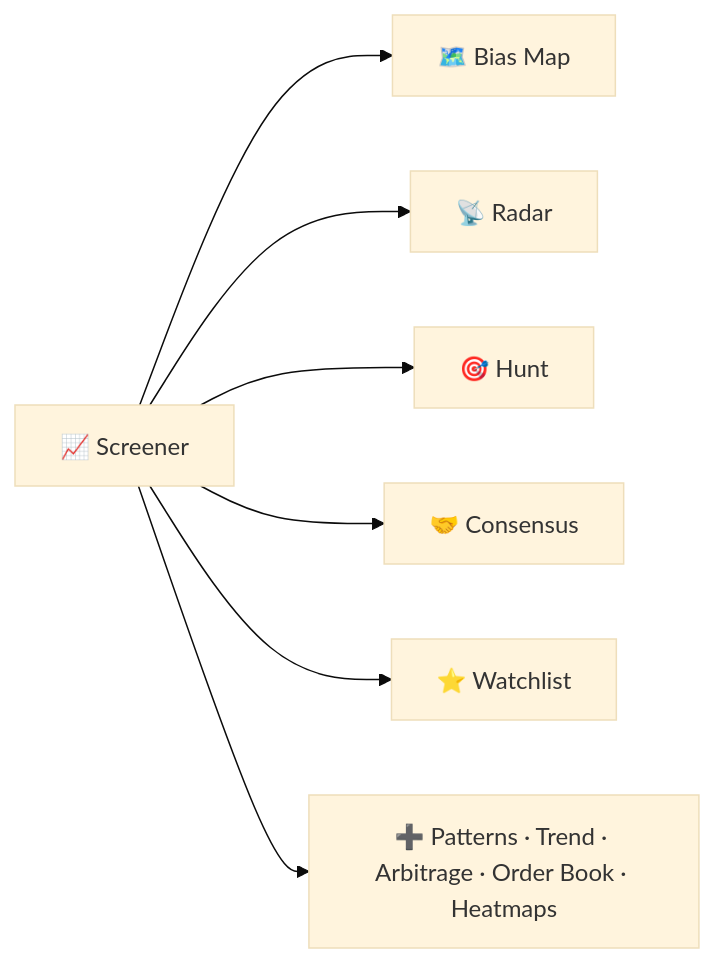
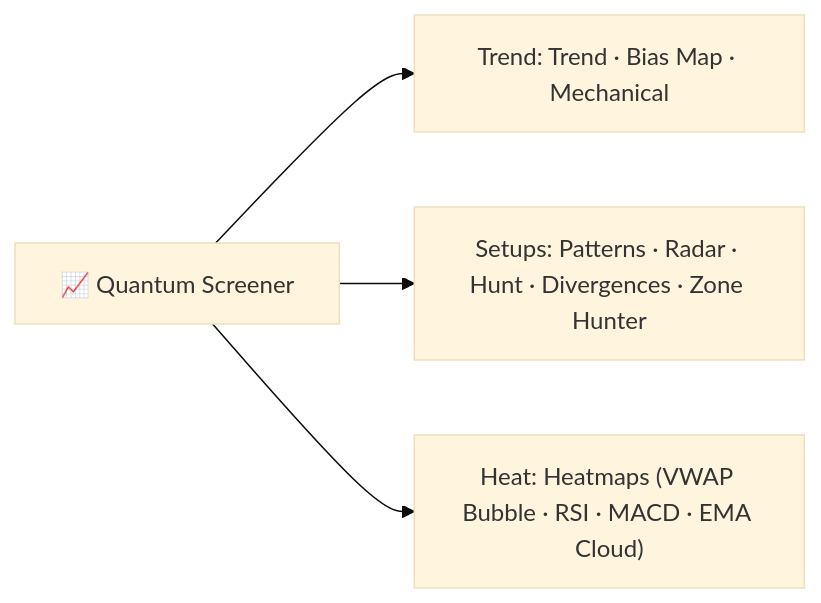
The diagram in screener.md (formionai/docs), drawn with Mermaid (base theme) before and after one commit. The commit also changed other lines of this file and 22 other files, not shown here.

````diff
--- a/screener.md
+++ b/screener.md
@@ -25,9 +45,6 @@
 ```mermaid
 flowchart LR
-  SC["📈 Screener"] --> BM["🗺️ Bias Map"]
-  SC --> RD["📡 Radar"]
-  SC --> HU["🎯 Hunt"]
-  SC --> CO["🤝 Consensus"]
-  SC --> WL["⭐ Watchlist"]
-  SC --> MO["➕ Patterns · Trend · Arbitrage · Order Book · Heatmaps"]
+  QS["📈 Quantum Screener"] --> T["Trend: Trend · Bias Map · Mechanical"]
+  QS --> S["Setups: Patterns · Radar · Hunt · Divergences · Zone Hunter"]
+  QS --> H["Heat: Heatmaps (VWAP Bubble · RSI · MACD · EMA Cloud)"]
 ```
````
